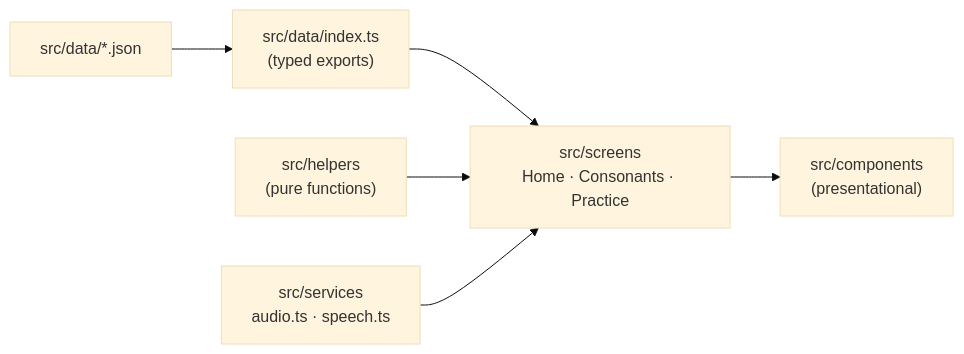
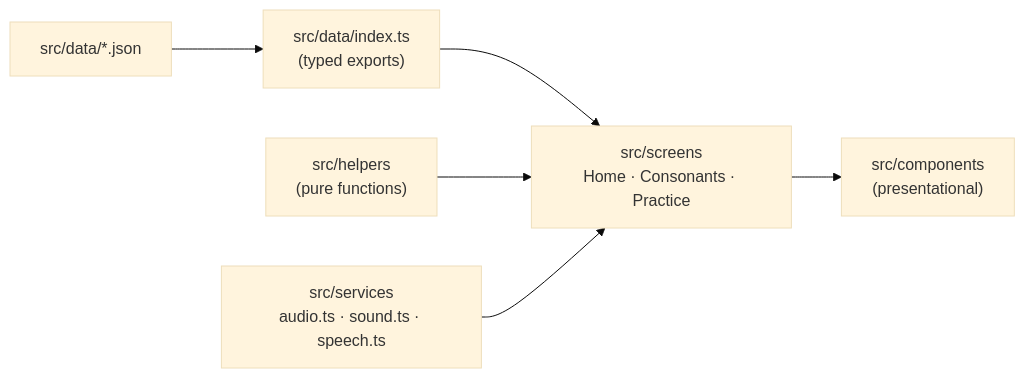
Before and after one commit to MinHan-Kyaw/thai-learning: the first of 2 diagrams in docs/architecture.md, drawn with Mermaid (base theme). The commit also changed other lines of this file and 9 other files, not shown here.

````diff
--- a/docs/architecture.md
+++ b/docs/architecture.md
@@ -14,8 +14,8 @@
 ```mermaid
 flowchart LR
   JSON["src/data/*.json"] --> Loader["src/data/index.ts<br/>(typed exports)"]
   Loader --> Screens
   Helpers["src/helpers<br/>(pure functions)"] --> Screens
-  Services["src/services<br/>audio.ts · speech.ts"] --> Screens
+  Services["src/services<br/>audio.ts · sound.ts · speech.ts"] --> Screens
   Screens["src/screens<br/>Home · Consonants · Practice"] --> Components["src/components<br/>(presentational)"]
 ```
````
